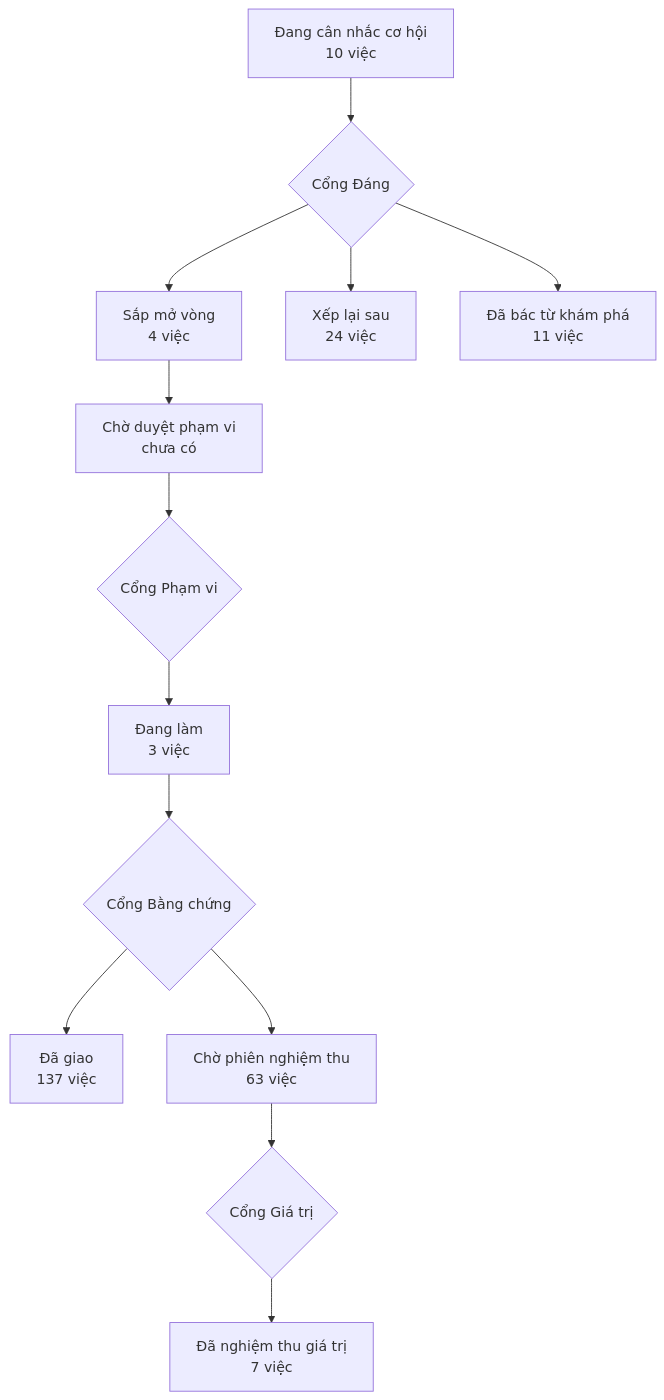
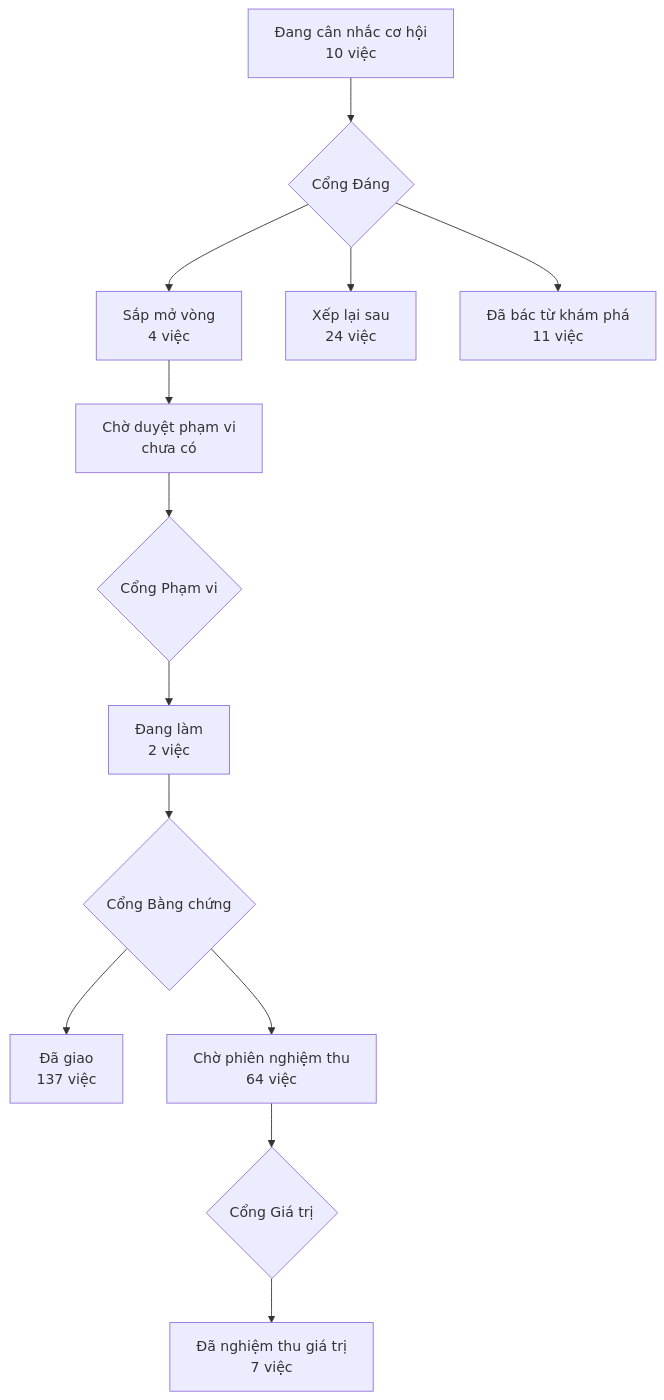
The diagram in PRODUCT-MAP.md (phanlemanh/acceptance-gate-kit), drawn with Mermaid before and after one commit. The commit also changed 7 other files, not shown here.

````diff
--- a/PRODUCT-MAP.md
+++ b/PRODUCT-MAP.md
@@ -7,12 +7,12 @@
 ```mermaid
 flowchart TD
   A["Đang cân nhắc cơ hội<br/>10 việc"] --> GD{"Cổng Đáng"}
   GD --> B["Sắp mở vòng<br/>4 việc"]
   GD --> XL["Xếp lại sau<br/>24 việc"]
   GD --> DB["Đã bác từ khám phá<br/>11 việc"]
   B --> CD["Chờ duyệt phạm vi<br/>chưa có"] --> GP{"Cổng Phạm vi"}
-  GP --> DL["Đang làm<br/>3 việc"] --> GB{"Cổng Bằng chứng"}
+  GP --> DL["Đang làm<br/>2 việc"] --> GB{"Cổng Bằng chứng"}
   GB --> DG["Đã giao<br/>137 việc"]
-  GB --> CN["Chờ phiên nghiệm thu<br/>63 việc"] --> GG{"Cổng Giá trị"}
+  GB --> CN["Chờ phiên nghiệm thu<br/>64 việc"] --> GG{"Cổng Giá trị"}
   GG --> NT["Đã nghiệm thu giá trị<br/>7 việc"]
 ```
````
